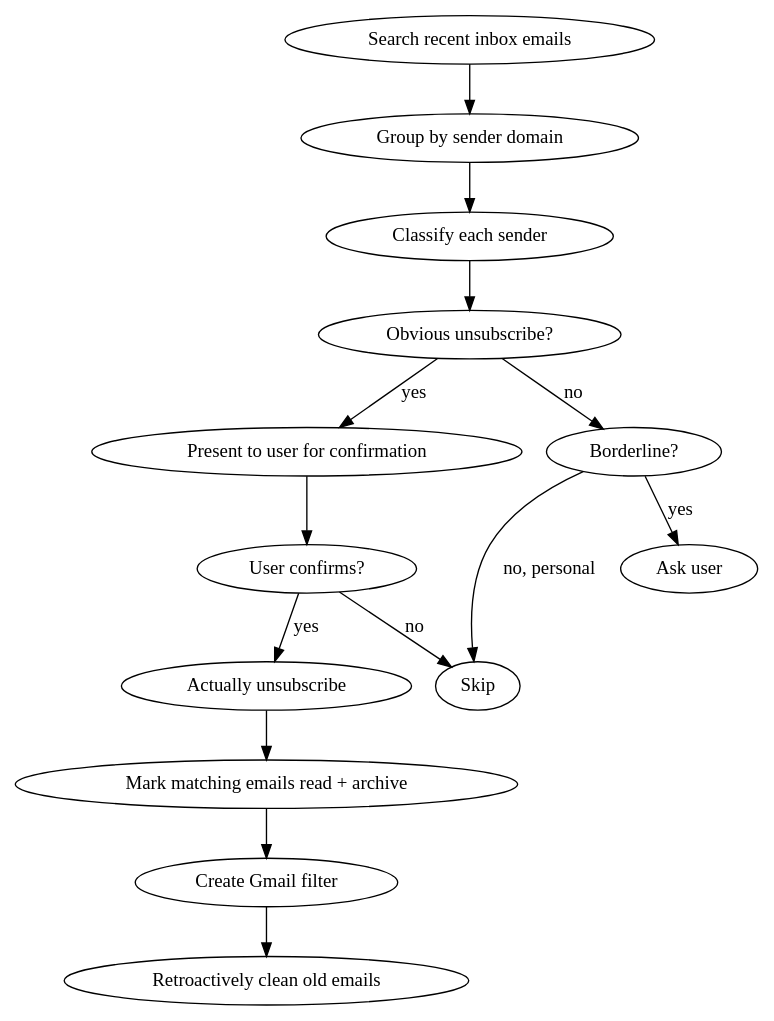
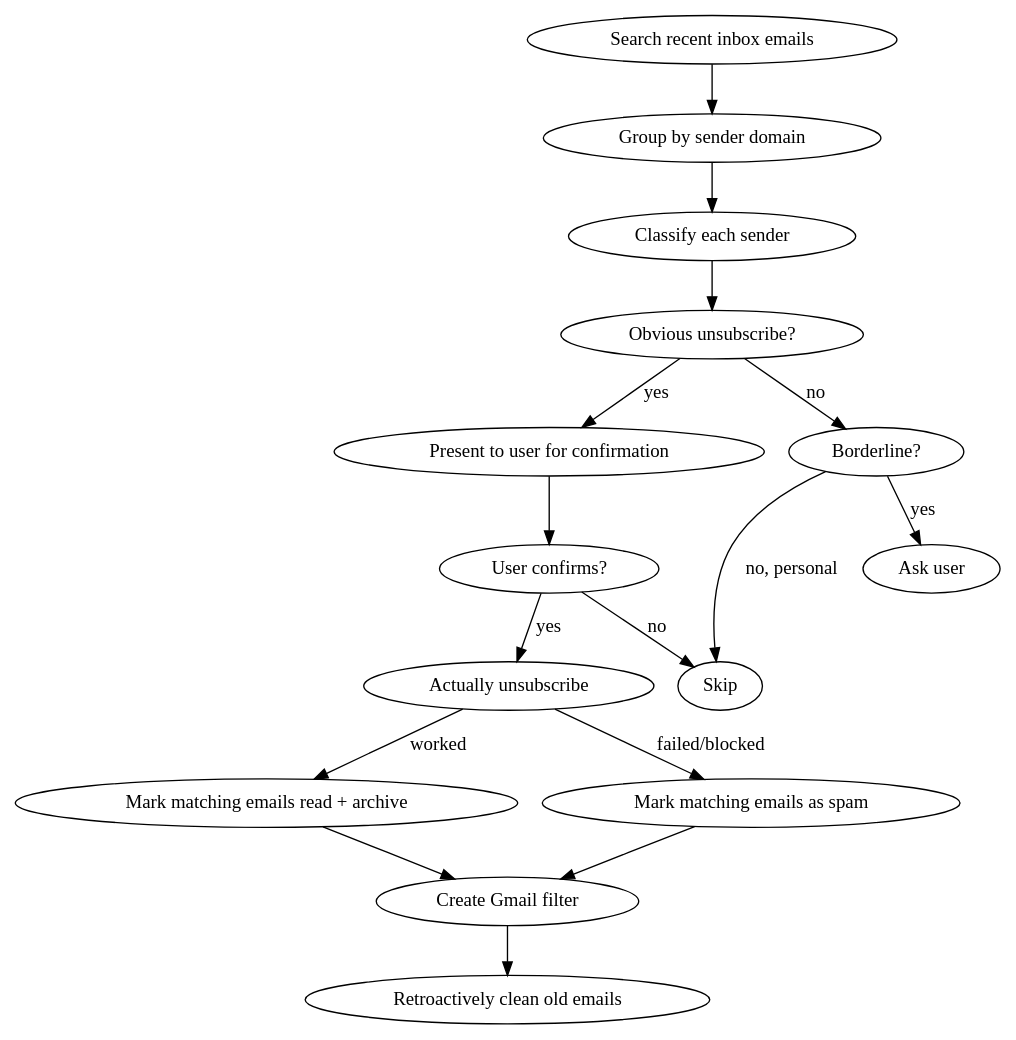
Before and after one commit to colonelpanic8/dotfiles: the diagram in dotfiles/agents/skills/email-unsubscribe-check/SKILL.md, drawn with Graphviz. The commit also changed other lines of this file, not shown here.

Commit message:
email-unsubscribe-check: always clear the sender from the inbox, spam it when unsubscribe fails

````diff
--- a/dotfiles/agents/skills/email-unsubscribe-check/SKILL.md
+++ b/dotfiles/agents/skills/email-unsubscribe-check/SKILL.md
@@ -12,17 +12,19 @@
 ```dot
 digraph unsubscribe_check {
     "Search recent inbox emails" -> "Group by sender domain";
     "Group by sender domain" -> "Classify each sender";
     "Classify each sender" -> "Obvious unsubscribe?";
     "Obvious unsubscribe?" -> "Present to user for confirmation" [label="yes"];
     "Obvious unsubscribe?" -> "Borderline?" [label="no"];
     "Borderline?" -> "Ask user" [label="yes"];
     "Borderline?" -> "Skip" [label="no, personal"];
     "Present to user for confirmation" -> "User confirms?";
     "User confirms?" -> "Actually unsubscribe" [label="yes"];
     "User confirms?" -> "Skip" [label="no"];
-    "Actually unsubscribe" -> "Mark matching emails read + archive";
+    "Actually unsubscribe" -> "Mark matching emails read + archive" [label="worked"];
+    "Actually unsubscribe" -> "Mark matching emails as spam" [label="failed/blocked"];
+    "Mark matching emails as spam" -> "Create Gmail filter";
     "Mark matching emails read + archive" -> "Create Gmail filter";
     "Create Gmail filter" -> "Retroactively clean old emails";
 }
 ```
````
